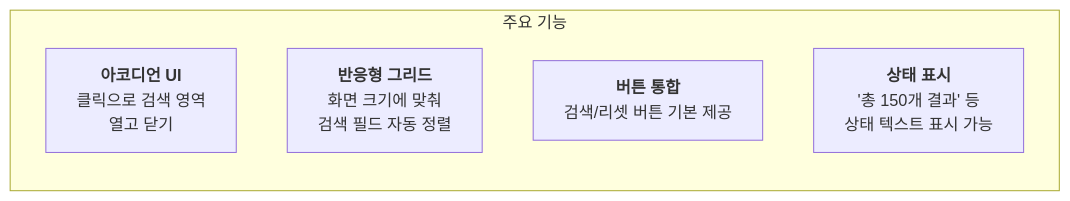
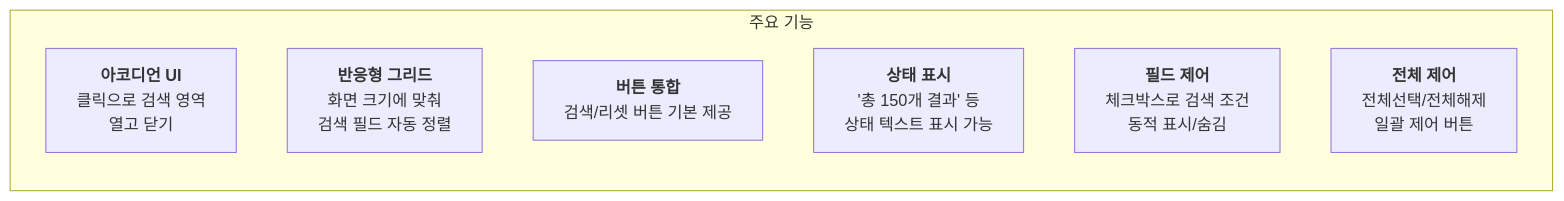
One commit to webcodur/next-temp changed the second of 4 diagrams in src/components/ui/ui-input/advanced-search/advanced-search.md. Above: the diagram before and after it, drawn with Mermaid. The commit also changed other lines of this file and 16 other files, not shown here.

````diff
--- a/src/components/ui/ui-input/advanced-search/advanced-search.md
+++ b/src/components/ui/ui-input/advanced-search/advanced-search.md
@@ -28,9 +30,11 @@
 ```mermaid
 graph LR
     subgraph "주요 기능"
         F1["<B>아코디언 UI</B><br/>클릭으로 검색 영역<br/>열고 닫기"]
         F2["<B>반응형 그리드</B><br/>화면 크기에 맞춰<br/>검색 필드 자동 정렬"]
         F3["<B>버튼 통합</B><br/>검색/리셋 버튼 기본 제공"]
         F4["<B>상태 표시</B><br/>'총 150개 결과' 등<br/>상태 텍스트 표시 가능"]
+        F5["<B>필드 제어</B><br/>체크박스로 검색 조건<br/>동적 표시/숨김"]
+        F6["<B>전체 제어</B><br/>전체선택/전체해제<br/>일괄 제어 버튼"]
     end
 ```
````
